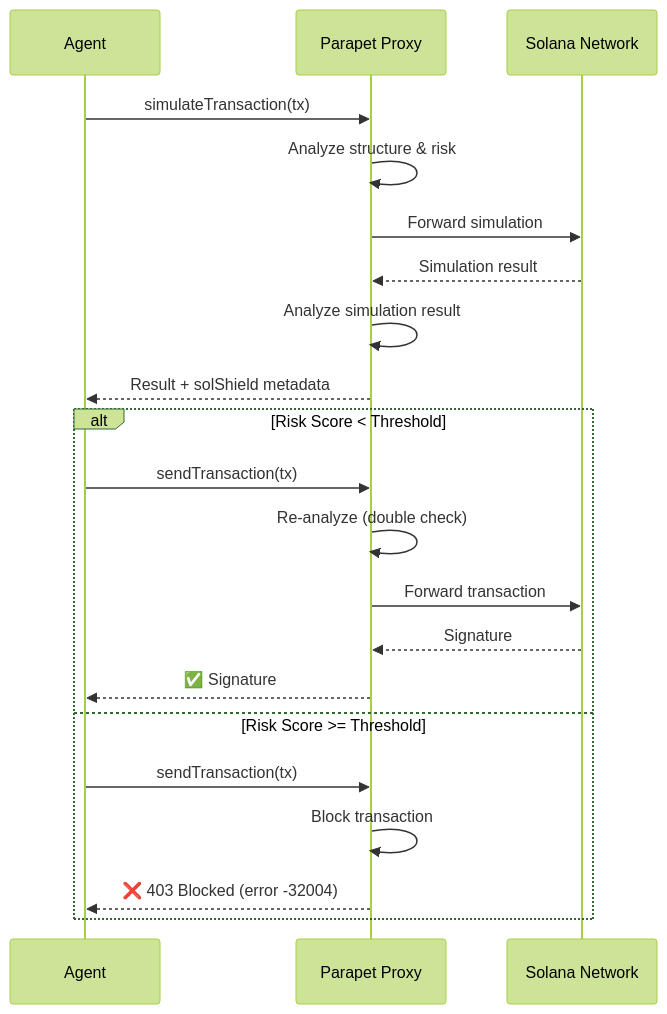
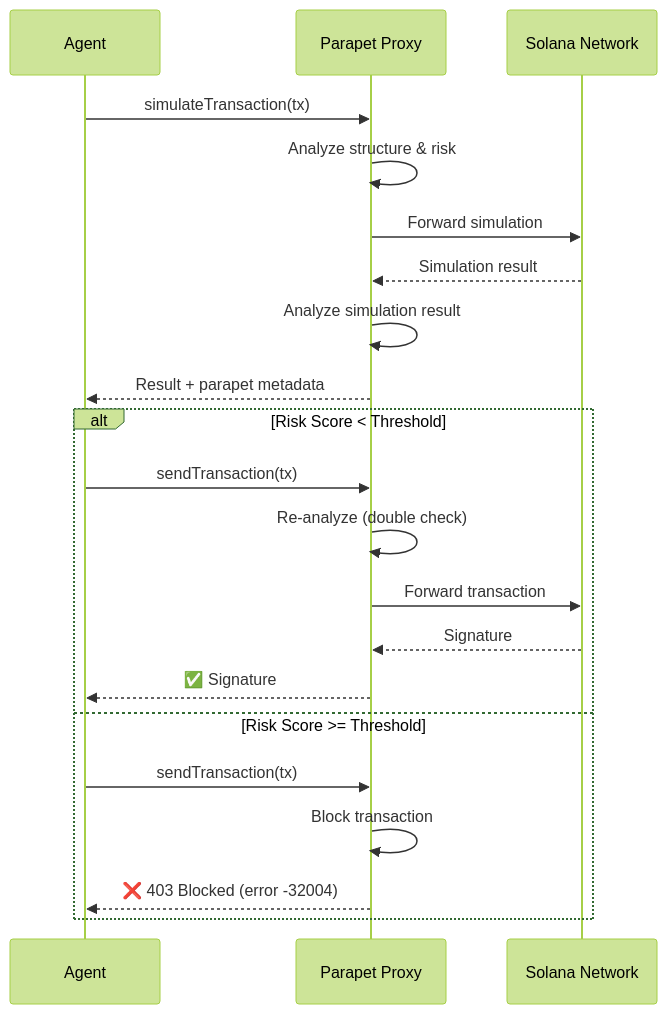
The first of 3 diagrams in docs/AGENT_GUIDE.md (securecheckio/parapet), drawn with Mermaid (forest theme) before and after one commit. The commit also changed other lines of this file and 1500 other files, not shown here.

First line of the commit message:
Restructure repository architecture and remove legacy artifacts

````diff
--- a/docs/AGENT_GUIDE.md
+++ b/docs/AGENT_GUIDE.md
@@ -14,25 +14,25 @@
 ```mermaid
 sequenceDiagram
     participant Agent
     participant Parapet as Parapet Proxy
     participant Solana as Solana Network
     
     Agent->>Parapet: simulateTransaction(tx)
     Parapet->>Parapet: Analyze structure & risk
     Parapet->>Solana: Forward simulation
     Solana-->>Parapet: Simulation result
     Parapet->>Parapet: Analyze simulation result
-    Parapet-->>Agent: Result + solShield metadata
+    Parapet-->>Agent: Result + parapet metadata
     
     alt Risk Score < Threshold
         Agent->>Parapet: sendTransaction(tx)
         Parapet->>Parapet: Re-analyze (double check)
         Parapet->>Solana: Forward transaction
         Solana-->>Parapet: Signature
         Parapet-->>Agent: ✅ Signature
     else Risk Score >= Threshold
         Agent->>Parapet: sendTransaction(tx)
         Parapet->>Parapet: Block transaction
         Parapet-->>Agent: ❌ 403 Blocked (error -32004)
     end
 ```
````
